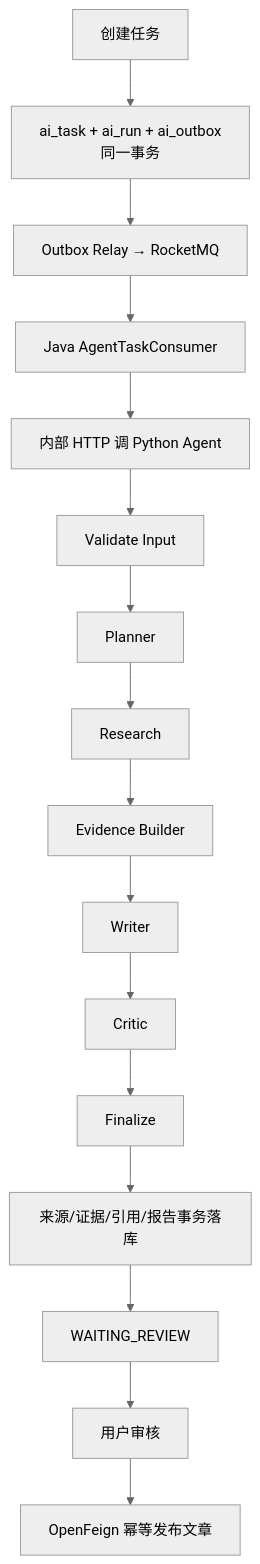
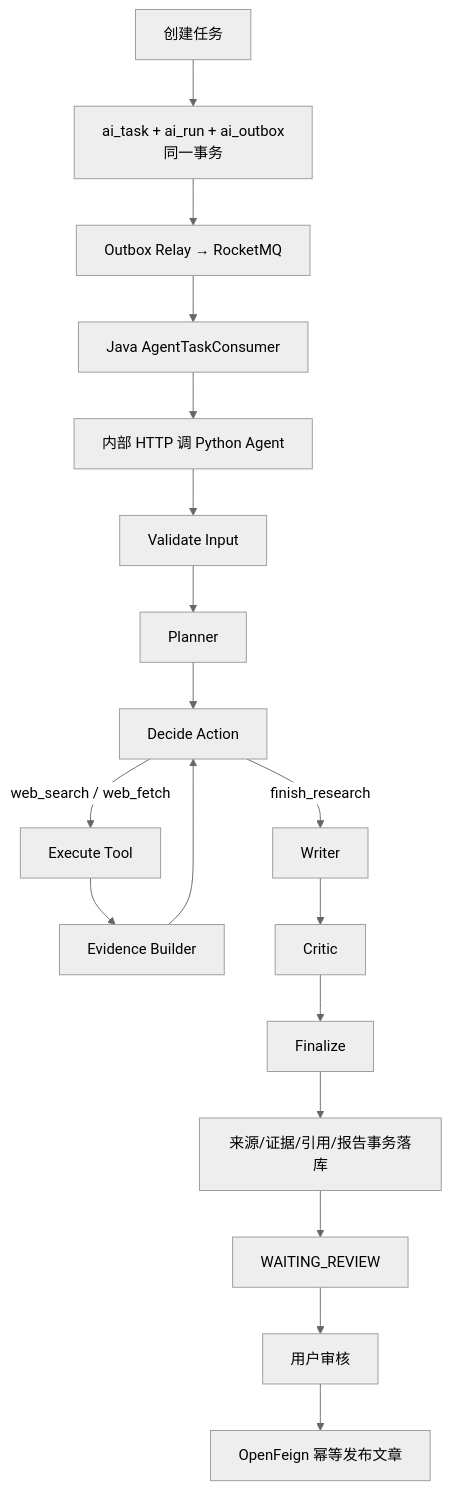
The fourth of 4 diagrams in docs/BEGINNER-GUIDE.md (hzyang0/XPlanet), drawn with Mermaid (neutral theme) before and after one commit. The commit also changed other lines of this file and 25 other files, not shown here.

````diff
--- a/docs/BEGINNER-GUIDE.md
+++ b/docs/BEGINNER-GUIDE.md
@@ -303,18 +303,20 @@
 ```mermaid
 flowchart TD
     A["创建任务"] --> B["ai_task + ai_run + ai_outbox<br/>同一事务"]
     B --> C["Outbox Relay → RocketMQ"]
     C --> D["Java AgentTaskConsumer"]
     D --> E["内部 HTTP 调 Python Agent"]
     E --> F["Validate Input"]
     F --> G["Planner"]
-    G --> H["Research"]
-    H --> I["Evidence Builder"]
-    I --> J["Writer"]
-    J --> K["Critic"]
-    K --> L["Finalize"]
-    L --> M["来源/证据/引用/报告事务落库"]
-    M --> N["WAITING_REVIEW"]
-    N --> O["用户审核"]
-    O --> P["OpenFeign 幂等发布文章"]
+    G --> H["Decide Action"]
+    H -->|"web_search / web_fetch"| I["Execute Tool"]
+    I --> J["Evidence Builder"]
+    J --> H
+    H -->|"finish_research"| K["Writer"]
+    K --> L["Critic"]
+    L --> M["Finalize"]
+    M --> N["来源/证据/引用/报告事务落库"]
+    N --> O["WAITING_REVIEW"]
+    O --> P["用户审核"]
+    P --> Q["OpenFeign 幂等发布文章"]
 ```
````
